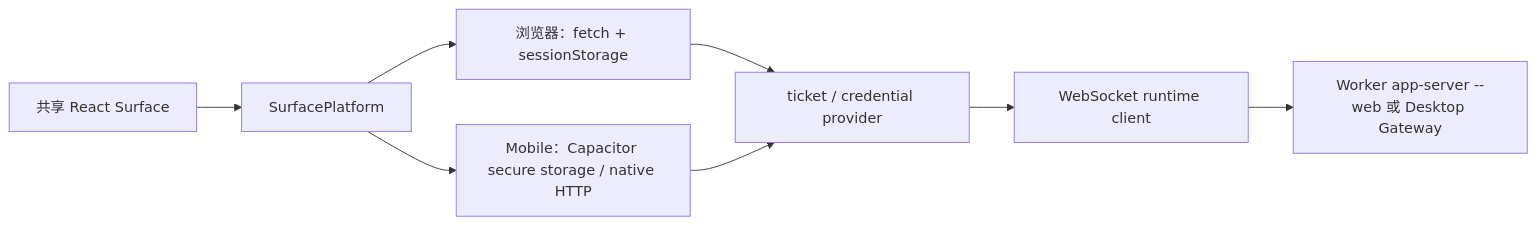
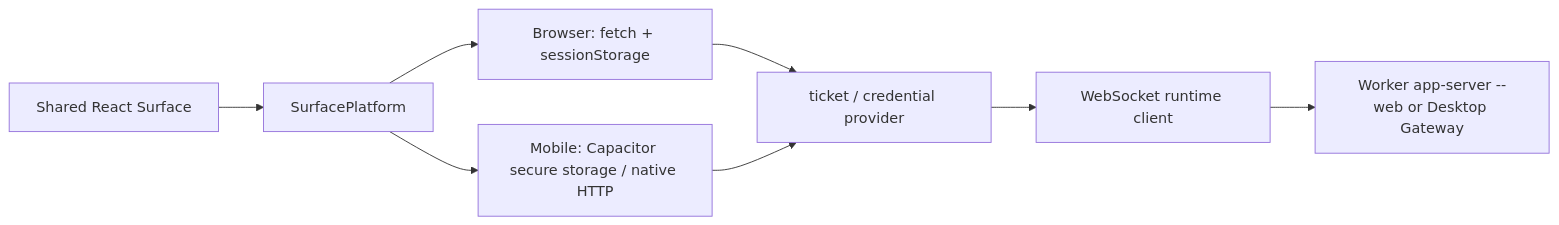
Before and after one commit to Azzurroooo/rind: the diagram in docs/internals/07-surfaces/web-and-mobile.md, drawn with Mermaid. The commit also changed other lines of this file and 109 other files, not shown here.

```diff
--- a/docs/internals/07-surfaces/web-and-mobile.md
+++ b/docs/internals/07-surfaces/web-and-mobile.md
@@ -5,9 +7,9 @@
 ~~~mermaid
 flowchart LR
-    UI["共享 React Surface"] --> P["SurfacePlatform"]
-    P --> B["浏览器：fetch + sessionStorage"]
-    P --> N["Mobile：Capacitor secure storage / native HTTP"]
+    UI["Shared React Surface"] --> P["SurfacePlatform"]
+    P --> B["Browser: fetch + sessionStorage"]
+    P --> N["Mobile: Capacitor secure storage / native HTTP"]
     B & N --> T["ticket / credential provider"]
     T --> WS["WebSocket runtime client"]
-    WS --> W["Worker app-server --web 或 Desktop Gateway"]
+    WS --> W["Worker app-server --web or Desktop Gateway"]
 ~~~
```
